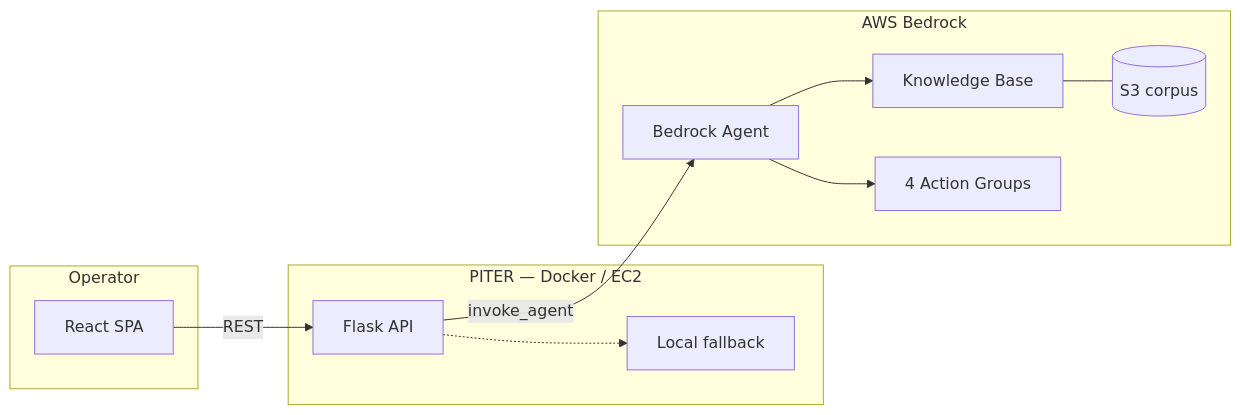
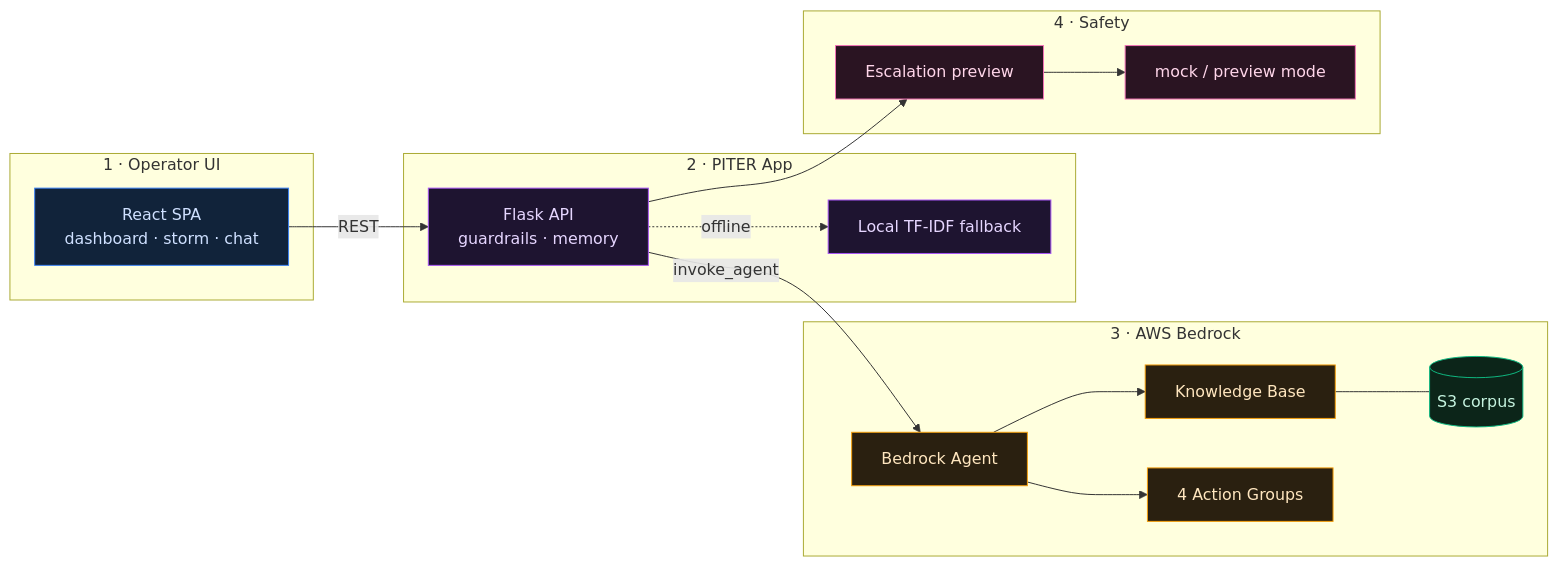
Before and after one commit to reem-mor/piter-aiops: the first of 2 diagrams in README.md, drawn with Mermaid. The commit also changed other lines of this file, not shown here.

First line of the commit message:
Unify README with portfolio template: architecture, flow, tools, prompts, screenshots.

````diff
--- a/README.md
+++ b/README.md
@@ -77,22 +51,38 @@
 ```mermaid
 flowchart LR
-  subgraph client [Operator]
-    SPA[React SPA]
+  subgraph ui["1 · Operator UI"]
+    SPA["React SPA<br/>dashboard · storm · chat"]
   end
-  subgraph app [PITER — Docker / EC2]
-    Flask[Flask API]
-    LocalRAG[Local fallback]
+  subgraph app["2 · PITER App"]
+    Flask["Flask API<br/>guardrails · memory"]
+    Local["Local TF-IDF fallback"]
   end
-  subgraph aws [AWS Bedrock]
-    Agent[Bedrock Agent]
-    KB[Knowledge Base]
-    AG[4 Action Groups]
-    S3[(S3 corpus)]
+  subgraph aws["3 · AWS Bedrock"]
+    Agent["Bedrock Agent"]
+    KB["Knowledge Base"]
+    AG["4 Action Groups"]
+    S3[("S3 corpus")]
+  end
+  subgraph safe["4 · Safety"]
+    Prev["Escalation preview"]
+    Mock["mock / preview mode"]
   end
   SPA -->|REST| Flask
   Flask -->|invoke_agent| Agent
-  Flask -.-> LocalRAG
+  Flask -.->|offline| Local
   Agent --> KB
   Agent --> AG
   KB --- S3
+  Flask --> Prev
+  Prev --> Mock
+  classDef ui fill:#11233a,stroke:#3b82f6,color:#cfe0ff
+  classDef app fill:#1e1430,stroke:#a855f7,color:#e6d6ff
+  classDef aws fill:#2a2010,stroke:#f59e0b,color:#ffe6bf
+  classDef data fill:#0c2519,stroke:#10b981,color:#c5f3df
+  classDef safe fill:#2a1422,stroke:#f472b6,color:#ffd6ea
+  class SPA ui
+  class Flask,Local app
+  class Agent,KB,AG aws
+  class S3 data
+  class Prev,Mock safe
 ```
````
